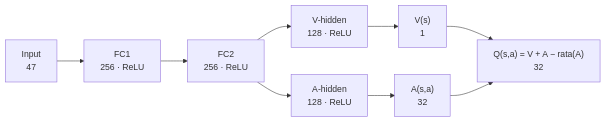
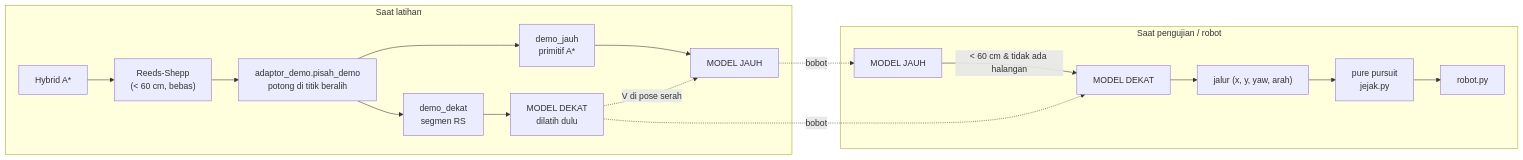
The second of 2 diagrams in Obsidian Vault/Struktur DQfD Full.md (ekanugraha337/Forklift-Control-DRL), drawn with Mermaid before and after one commit. The commit also changed other lines of this file and 16 other files, not shown here.

First line of the commit message:
ver-1-2: DQfD dua model per robot - jauh meniru Hybrid A*, dekat meniru Reeds-Shepp

````diff
--- a/Obsidian Vault/Struktur DQfD Full.md
+++ b/Obsidian Vault/Struktur DQfD Full.md
@@ -140,11 +68,20 @@
 ```mermaid
 flowchart LR
-    I["Input<br/>47"] --> F1["FC1<br/>256 · ReLU"]
-    F1 --> F2["FC2<br/>256 · ReLU"]
-    F2 --> VH["V-hidden<br/>128 · ReLU"]
-    F2 --> AH["A-hidden<br/>128 · ReLU"]
-    VH --> V["V(s)<br/>1"]
-    AH --> A["A(s,a)<br/>32"]
-    V --> Q["Q(s,a) = V + A − rata(A)<br/>32"]
-    A --> Q
+    subgraph LATIH["Saat latihan"]
+        HA["Hybrid A*"] --> RS["Reeds-Shepp<br/>(< 60 cm, bebas)"]
+        RS --> PS["adaptor_demo.pisah_demo<br/>potong di titik beralih"]
+        PS --> DJ["demo_jauh<br/>primitif A*"]
+        PS --> DD["demo_dekat<br/>segmen RS"]
+        DD --> ND["MODEL DEKAT<br/>dilatih dulu"]
+        DJ --> NJ["MODEL JAUH"]
+        ND -. "V di pose serah" .-> NJ
+    end
+    subgraph UJI["Saat pengujian / robot"]
+        J2["MODEL JAUH"] -->|"< 60 cm & tidak ada halangan"| D2["MODEL DEKAT"]
+        D2 --> JL["jalur (x, y, yaw, arah)"]
+        JL --> PP["pure pursuit<br/>jejak.py"]
+        PP --> RB["robot.py"]
+    end
+    NJ -. bobot .-> J2
+    ND -. bobot .-> D2
 ```
````
